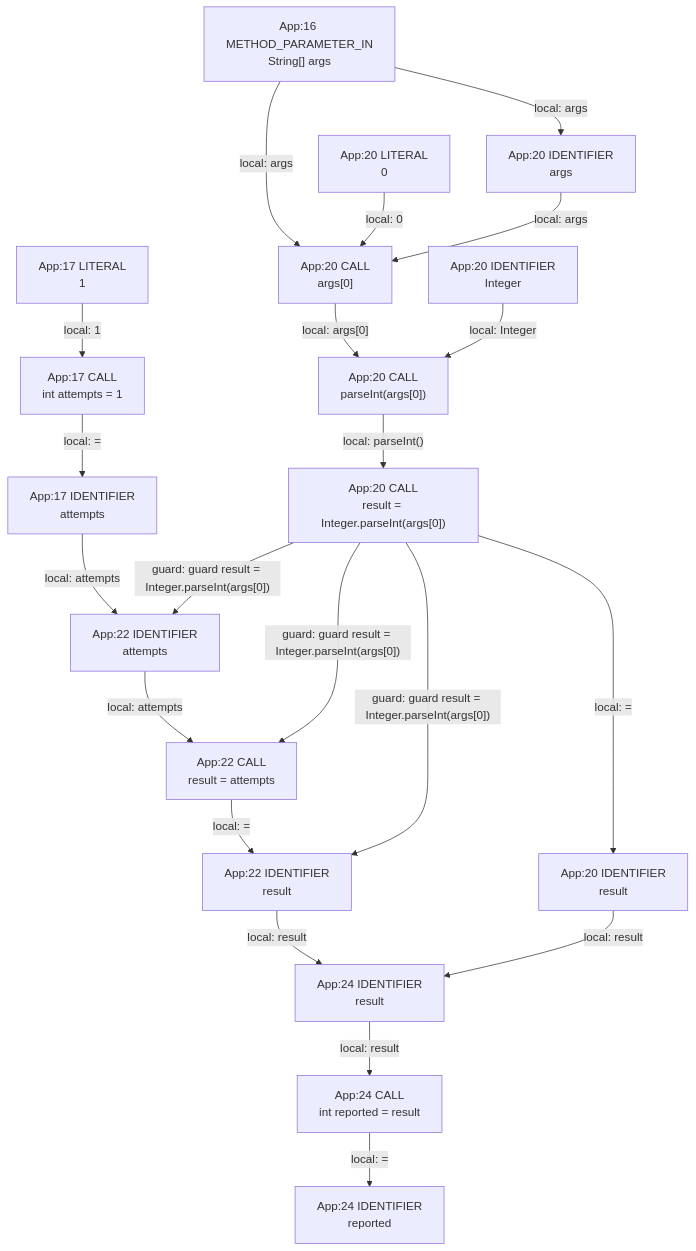
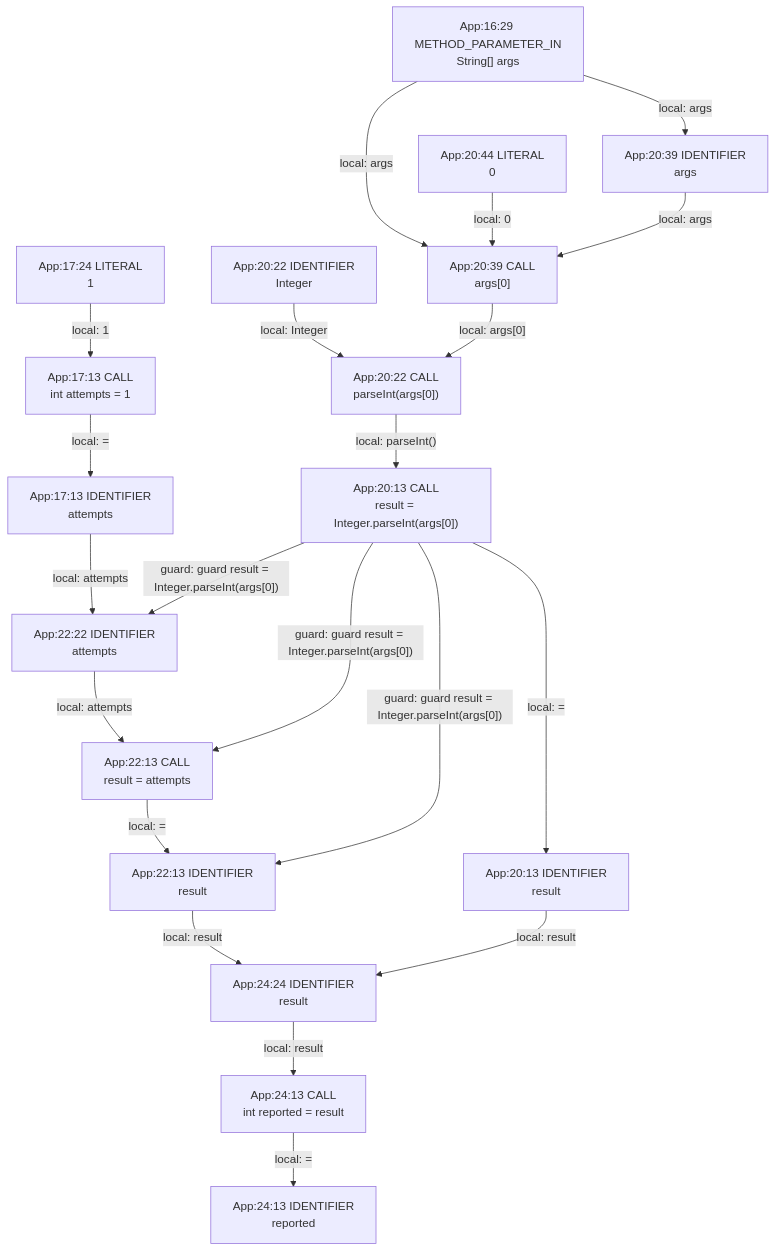
One commit to gstiebler/codeflow changed the diagram in app/src/test/resources/tryCatch/spike-truth.md. Above: the diagram before and after it, drawn with Mermaid. The commit also changed 154 other files, not shown here.

````diff
--- a/app/src/test/resources/tryCatch/spike-truth.md
+++ b/app/src/test/resources/tryCatch/spike-truth.md
@@ -3,40 +3,40 @@
 ```mermaid
 flowchart TD
-  n0["App:16 METHOD_PARAMETER_IN<br/>String[] args"]
-  n1["App:17 CALL<br/>int attempts = 1"]
-  n2["App:17 IDENTIFIER<br/>attempts"]
-  n3["App:17 LITERAL<br/>1"]
-  n4["App:20 CALL<br/>args[0]"]
-  n5["App:20 CALL<br/>parseInt(args[0])"]
-  n6["App:20 CALL<br/>result = Integer.parseInt(args[0])"]
-  n7["App:20 IDENTIFIER<br/>Integer"]
-  n8["App:20 IDENTIFIER<br/>args"]
-  n9["App:20 IDENTIFIER<br/>result"]
-  n10["App:20 LITERAL<br/>0"]
-  n11["App:22 CALL<br/>result = attempts"]
-  n12["App:22 IDENTIFIER<br/>attempts"]
-  n13["App:22 IDENTIFIER<br/>result"]
-  n14["App:24 CALL<br/>int reported = result"]
-  n15["App:24 IDENTIFIER<br/>reported"]
-  n16["App:24 IDENTIFIER<br/>result"]
-  n0 -->|"local: args"| n4
+  n0["App:16:29 METHOD_PARAMETER_IN<br/>String[] args"]
+  n1["App:17:13 CALL<br/>int attempts = 1"]
+  n2["App:17:13 IDENTIFIER<br/>attempts"]
+  n3["App:17:24 LITERAL<br/>1"]
+  n4["App:20:13 CALL<br/>result = Integer.parseInt(args[0])"]
+  n5["App:20:13 IDENTIFIER<br/>result"]
+  n6["App:20:22 CALL<br/>parseInt(args[0])"]
+  n7["App:20:22 IDENTIFIER<br/>Integer"]
+  n8["App:20:39 CALL<br/>args[0]"]
+  n9["App:20:39 IDENTIFIER<br/>args"]
+  n10["App:20:44 LITERAL<br/>0"]
+  n11["App:22:13 CALL<br/>result = attempts"]
+  n12["App:22:13 IDENTIFIER<br/>result"]
+  n13["App:22:22 IDENTIFIER<br/>attempts"]
+  n14["App:24:13 CALL<br/>int reported = result"]
+  n15["App:24:13 IDENTIFIER<br/>reported"]
+  n16["App:24:24 IDENTIFIER<br/>result"]
   n0 -->|"local: args"| n8
+  n0 -->|"local: args"| n9
   n1 -->|"local: ="| n2
-  n10 -->|"local: 0"| n4
-  n11 -->|"local: ="| n13
-  n12 -->|"local: attempts"| n11
-  n13 -->|"local: result"| n16
+  n10 -->|"local: 0"| n8
+  n11 -->|"local: ="| n12
+  n12 -->|"local: result"| n16
+  n13 -->|"local: attempts"| n11
   n14 -->|"local: ="| n15
   n16 -->|"local: result"| n14
-  n2 -->|"local: attempts"| n12
+  n2 -->|"local: attempts"| n13
   n3 -->|"local: 1"| n1
-  n4 -->|"local: args[0]"| n5
-  n5 -->|"local: parseInt()"| n6
-  n6 -->|"guard: guard result = Integer.parseInt(args[0])"| n11
-  n6 -->|"guard: guard result = Integer.parseInt(args[0])"| n12
-  n6 -->|"guard: guard result = Integer.parseInt(args[0])"| n13
-  n6 -->|"local: ="| n9
-  n7 -->|"local: Integer"| n5
-  n8 -->|"local: args"| n4
-  n9 -->|"local: result"| n16
+  n4 -->|"guard: guard result = Integer.parseInt(args[0])"| n11
+  n4 -->|"guard: guard result = Integer.parseInt(args[0])"| n12
+  n4 -->|"guard: guard result = Integer.parseInt(args[0])"| n13
+  n4 -->|"local: ="| n5
+  n5 -->|"local: result"| n16
+  n6 -->|"local: parseInt()"| n4
+  n7 -->|"local: Integer"| n6
+  n8 -->|"local: args[0]"| n6
+  n9 -->|"local: args"| n8
 ```
````
